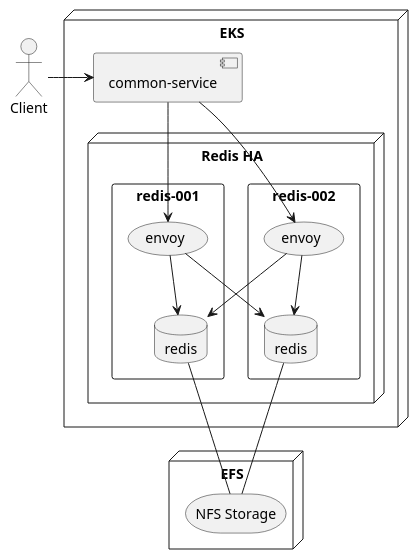
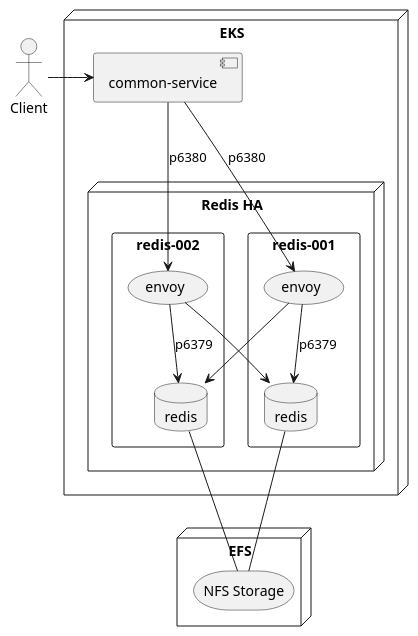
The second of 3 diagrams in docs/src/redis/hatest.md (kloudbank/htdp1.github.io), drawn with PlantUML before and after one commit. The commit also changed other lines of this file, not shown here.

```diff
--- a/docs/src/redis/hatest.md
+++ b/docs/src/redis/hatest.md
@@ -197,28 +209,28 @@
 @startuml
 "Client" as client
 node "EKS" as eks {
   [common-service] as commserv
   node "Redis HA" as db {
     rectangle "redis-002" as db002 {
       database "redis" as redis002
       (envoy) as car002
     }
     rectangle "redis-001" as db001 {
       database "redis" as redis001
       (envoy) as car001
     }
   }
 }
 node "EFS" as efs {
   storage "NFS Storage" as nfs
 }
 client -> commserv
-commserv -down-> car001
-commserv -down-> car002
-car001 -down-> redis001
-car002 -down-> redis002
+commserv -down-> car001:p6380
+commserv -down-> car002:p6380
+car001 -down-> redis001:p6379
+car002 -down-> redis002:p6379
 car001 --> redis002
 car002 --> redis001
 redis001 -down- nfs
 redis002 -down- nfs
 @enduml
```
